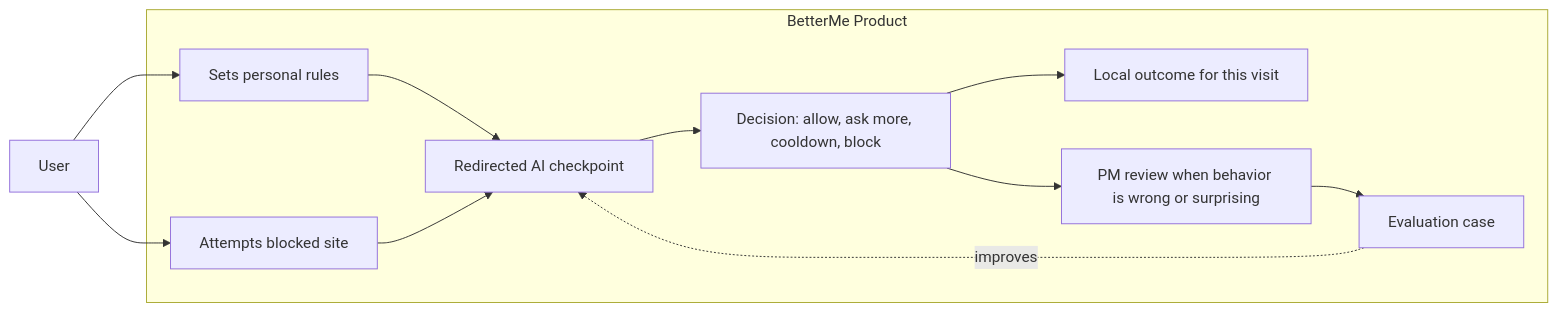
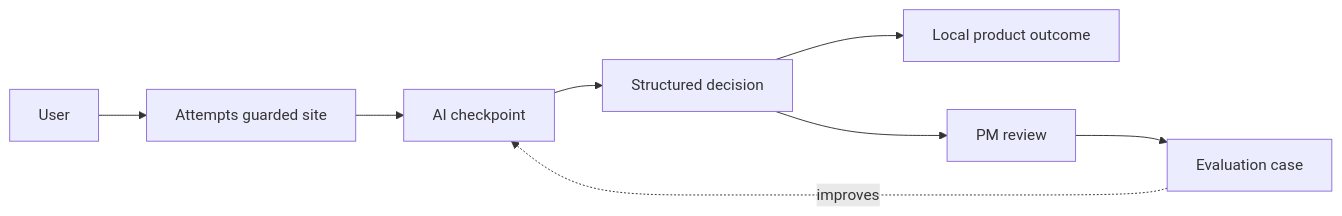
One commit to jingmingliu01/BetterMe changed the diagram in README.md. Above: the diagram before and after it, drawn with Mermaid. The commit also changed other lines of this file and 6 other files, not shown here.

````diff
--- a/README.md
+++ b/README.md
@@ -40,15 +71,10 @@
 ```mermaid
 flowchart LR
-  User["User"] --> Setup["Sets personal rules"]
-  User --> Attempt["Attempts blocked site"]
-
-  subgraph BetterMe["BetterMe Product"]
-    Setup --> Checkpoint["Redirected AI checkpoint"]
-    Attempt --> Checkpoint
-    Checkpoint --> Decision["Decision: allow, ask more, cooldown, block"]
-    Decision --> Outcome["Local outcome for this visit"]
-    Decision --> Review["PM review when behavior is wrong or surprising"]
-    Review --> Eval["Evaluation case"]
-    Eval -. improves .-> Checkpoint
-  end
+  User["User"] --> Attempt["Attempts guarded site"]
+  Attempt --> Checkpoint["AI checkpoint"]
+  Checkpoint --> Decision["Structured decision"]
+  Decision --> Outcome["Local product outcome"]
+  Decision --> Review["PM review"]
+  Review --> Eval["Evaluation case"]
+  Eval -. improves .-> Checkpoint
 ```
````
